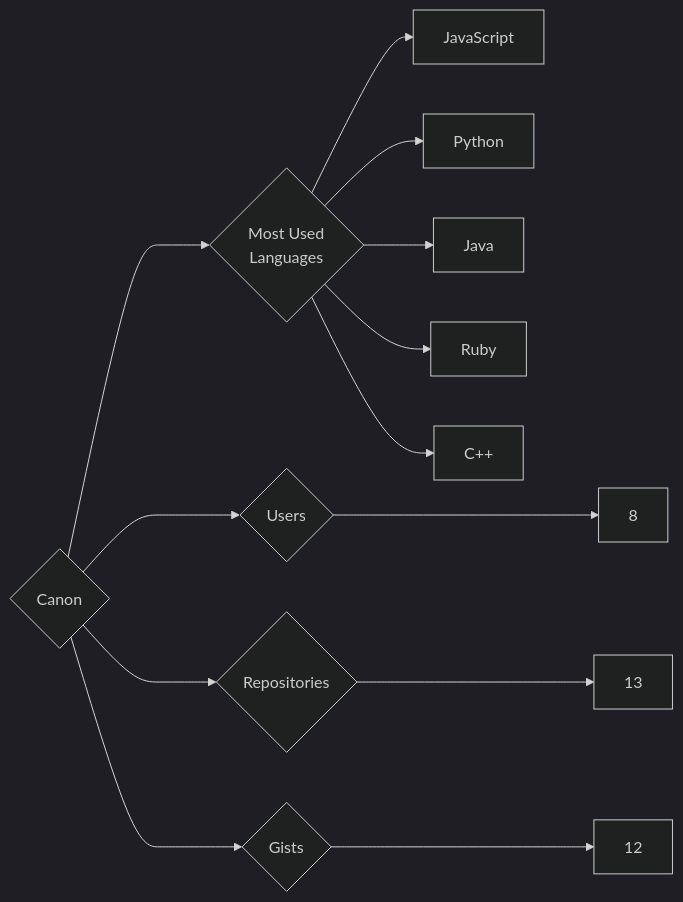
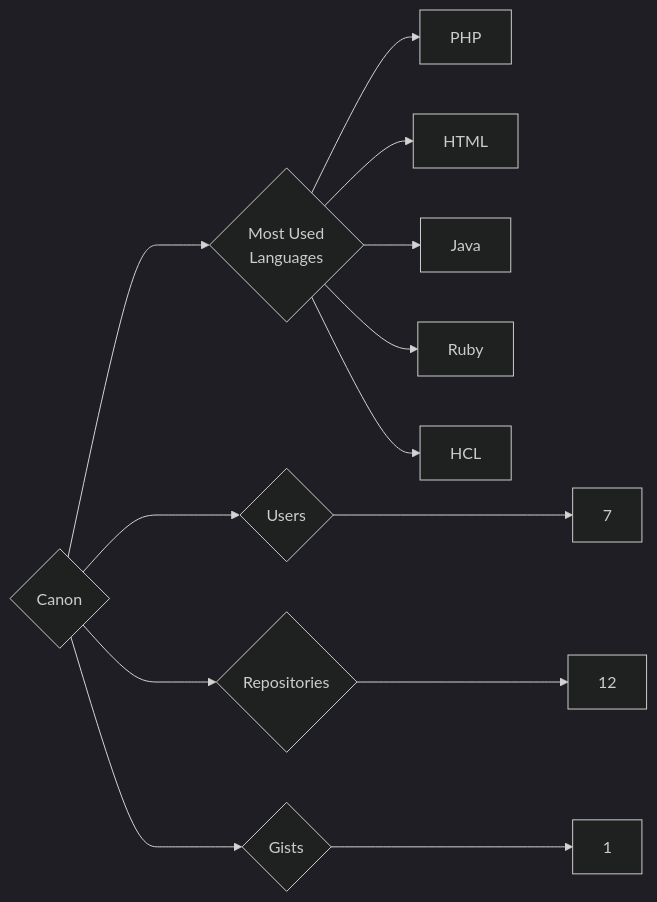
The diagram in targets/Canon/README.md (trickest/insiders), drawn with Mermaid (dark theme) before and after one commit. The commit also changed 752 other files, not shown here.

````diff
--- a/targets/Canon/README.md
+++ b/targets/Canon/README.md
@@ -3,13 +3,13 @@
 ```mermaid
 graph LR
 COMPANY_NAME{Canon}
-COMPANY_NAME ---> U{Users} ---> UN[8]
-COMPANY_NAME ---> R{Repositories} ---> RN[13]
-COMPANY_NAME ---> G{Gists} ---> GN[12]
+COMPANY_NAME ---> U{Users} ---> UN[7]
+COMPANY_NAME ---> R{Repositories} ---> RN[12]
+COMPANY_NAME ---> G{Gists} ---> GN[1]
 COMPANY_NAME ---> ML{Most Used<br>Languages}
-ML --> JavaScript[JavaScript]
-ML --> Python[Python]
+ML --> PHP[PHP]
+ML --> HTML[HTML]
 ML --> Java[Java]
 ML --> Ruby[Ruby]
-ML --> C++[C++]
+ML --> HCL[HCL]
 ```
````
